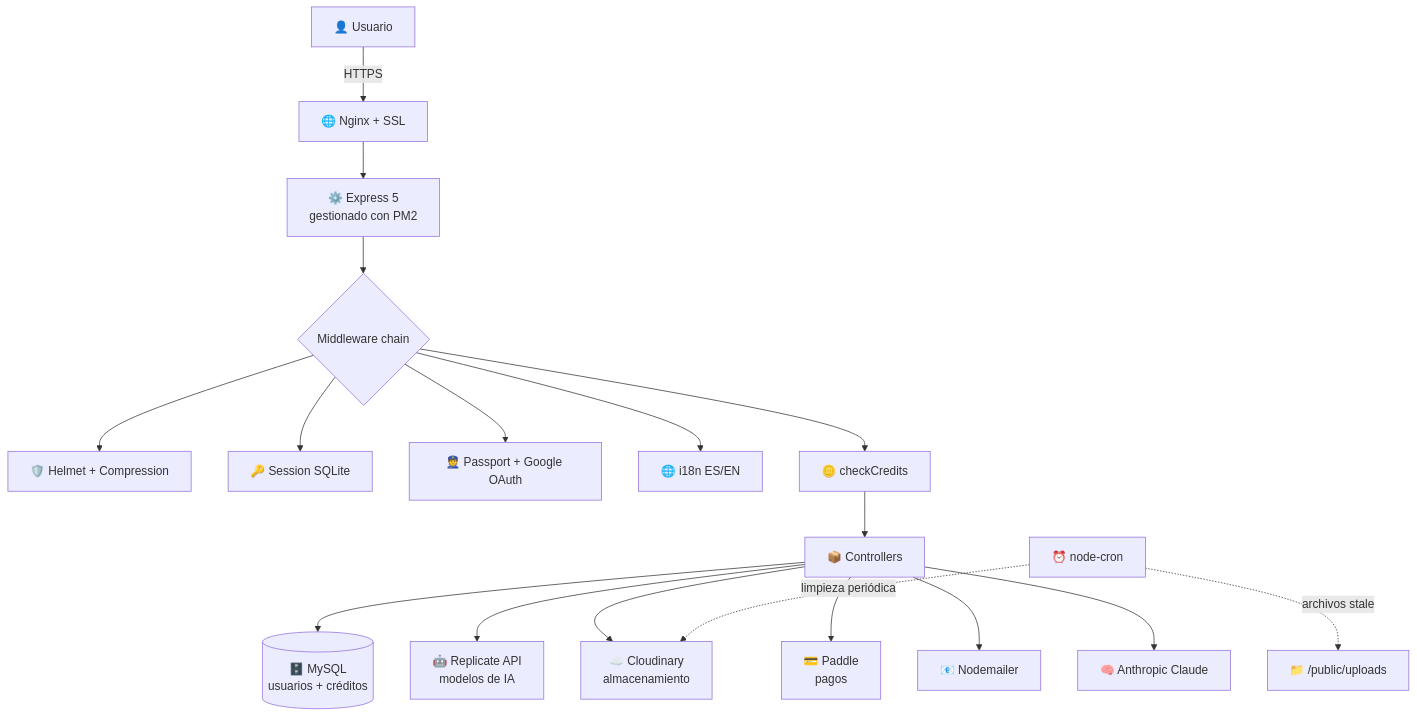
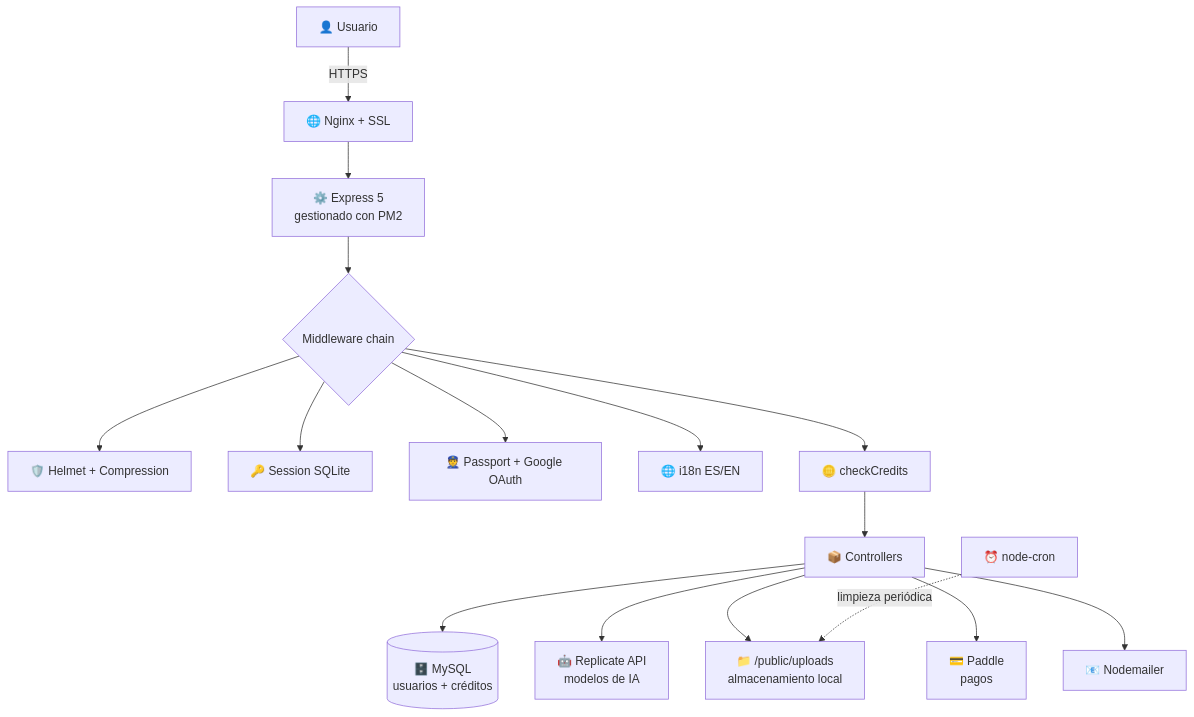
The diagram in README.md (francoogb/compressiq-showcase), drawn with Mermaid before and after one commit. The commit also changed other lines of this file, not shown here.

````diff
--- a/README.md
+++ b/README.md
@@ -124,24 +126,22 @@
 ```mermaid
 flowchart TD
     User[👤 Usuario] -->|HTTPS| Nginx[🌐 Nginx + SSL]
     Nginx --> Express[⚙️ Express 5<br/>gestionado con PM2]
 
     Express --> Middleware{Middleware chain}
     Middleware --> Security[🛡️ Helmet + Compression]
     Middleware --> Session[🔑 Session SQLite]
     Middleware --> Auth[👮 Passport + Google OAuth]
     Middleware --> i18n[🌐 i18n ES/EN]
     Middleware --> Credits[🪙 checkCredits]
 
     Credits --> Controllers[📦 Controllers]
 
     Controllers --> MySQL[(🗄️ MySQL<br/>usuarios + créditos)]
     Controllers --> Replicate[🤖 Replicate API<br/>modelos de IA]
-    Controllers --> Cloudinary[☁️ Cloudinary<br/>almacenamiento]
+    Controllers --> LocalFS[📁 /public/uploads<br/>almacenamiento local]
     Controllers --> Paddle[💳 Paddle<br/>pagos]
     Controllers --> Mail[📧 Nodemailer]
-    Controllers --> Claude[🧠 Anthropic Claude]
 
-    Cron[⏰ node-cron] -.->|limpieza periódica| Cloudinary
-    Cron -.->|archivos stale| LocalFS[📁 /public/uploads]
+    Cron[⏰ node-cron] -.->|limpieza periódica| LocalFS
 ```
````
